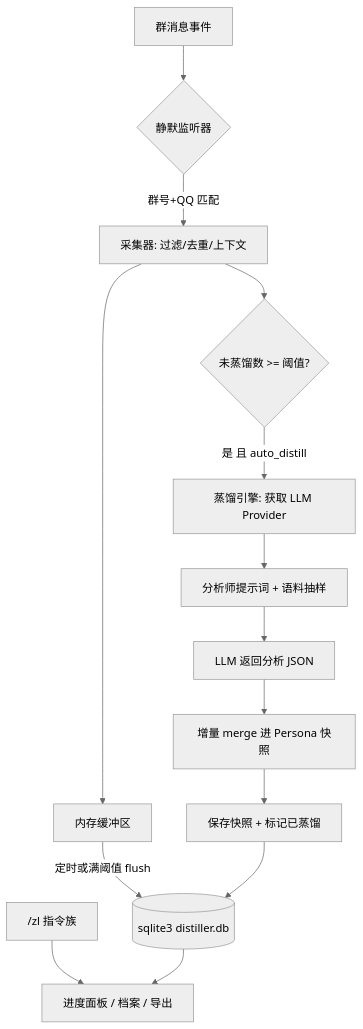
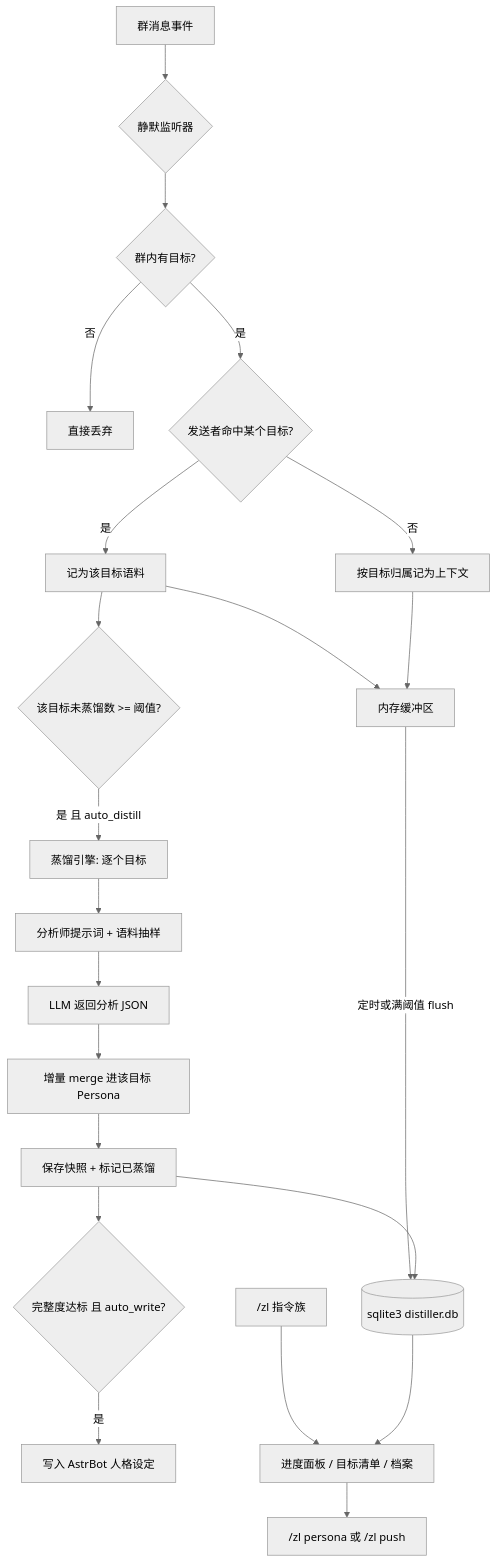
The diagram in README.md (Shawlei/astrbot_plugin_group_distiller), drawn with Mermaid (neutral theme) before and after one commit. The commit also changed other lines of this file and 12 other files, not shown here.

````diff
--- a/README.md
+++ b/README.md
@@ -160,16 +291,24 @@
 ```mermaid
 flowchart TD
     A[群消息事件] --> B{静默监听器}
-    B -->|群号+QQ 匹配| C[采集器: 过滤/去重/上下文]
-    C --> D[内存缓冲区]
-    D -->|定时或满阈值 flush| E[(sqlite3 distiller.db)]
-    C --> F{未蒸馏数 >= 阈值?}
-    F -->|是 且 auto_distill| G[蒸馏引擎: 获取 LLM Provider]
-    G --> H[分析师提示词 + 语料抽样]
-    H --> I[LLM 返回分析 JSON]
-    I --> J[增量 merge 进 Persona 快照]
-    J --> K[保存快照 + 标记已蒸馏]
-    L["/zl 指令族"] --> M[进度面板 / 档案 / 导出]
-    E --> M
-    K --> E
+    B --> C{群内有目标?}
+    C -->|否| X[直接丢弃]
+    C -->|是| D{发送者命中某个目标?}
+    D -->|是| E[记为该目标语料]
+    D -->|否| F[按目标归属记为上下文]
+    E --> G[内存缓冲区]
+    F --> G
+    G -->|定时或满阈值 flush| H[(sqlite3 distiller.db)]
+    E --> I{该目标未蒸馏数 >= 阈值?}
+    I -->|是 且 auto_distill| J[蒸馏引擎: 逐个目标]
+    J --> K[分析师提示词 + 语料抽样]
+    K --> L[LLM 返回分析 JSON]
+    L --> M[增量 merge 进该目标 Persona]
+    M --> N[保存快照 + 标记已蒸馏]
+    N --> O{完整度达标 且 auto_write?}
+    O -->|是| P[写入 AstrBot 人格设定]
+    Q["/zl 指令族"] --> R[进度面板 / 目标清单 / 档案]
+    R --> S["/zl persona 或 /zl push"]
+    H --> R
+    N --> H
 ```
````
